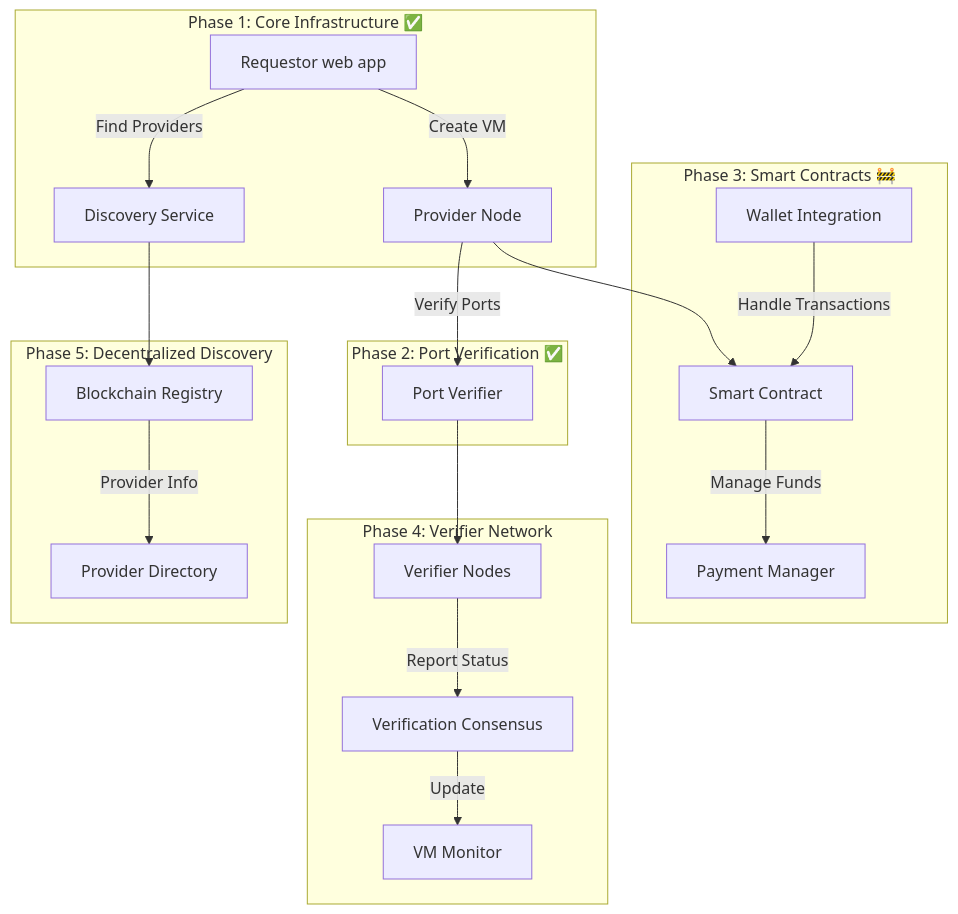
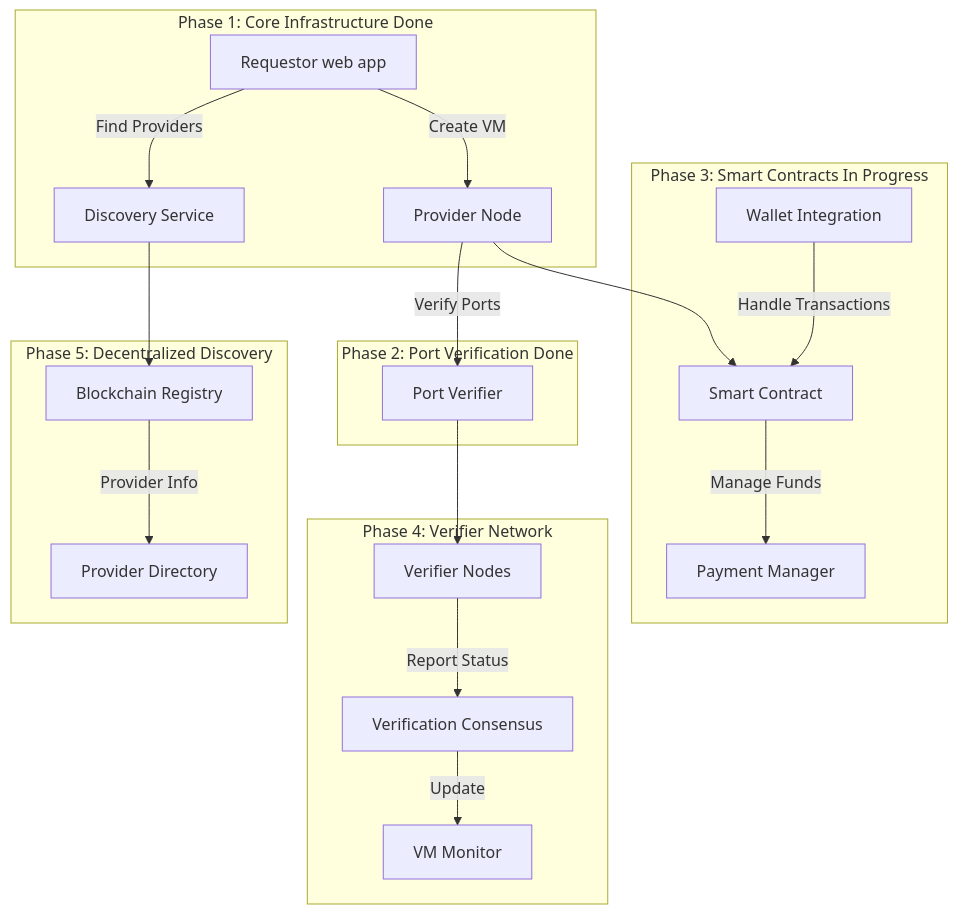
The second of 2 diagrams in VM-on-Golem-VISION/ROADMAP.md (cryptobench/vm-on-golem), drawn with Mermaid before and after one commit. The commit also changed other lines of this file and 13 other files, not shown here.

````diff
--- a/VM-on-Golem-VISION/ROADMAP.md
+++ b/VM-on-Golem-VISION/ROADMAP.md
@@ -25,41 +25,41 @@
 ```mermaid
 graph TB
-    subgraph "Phase 1: Core Infrastructure ✅"
+    subgraph "Phase 1: Core Infrastructure Done"
         R[Requestor web app]
         P[Provider Node]
         D[Discovery Service]
         R -->|Find Providers| D
         R -->|Create VM| P
     end
 
-    subgraph "Phase 2: Port Verification ✅"
+    subgraph "Phase 2: Port Verification Done"
         PV[Port Verifier]
         P -->|Verify Ports| PV
     end
 
-    subgraph "Phase 3: Smart Contracts 🚧"
+    subgraph "Phase 3: Smart Contracts In Progress"
         SC[Smart Contract]
         W[Wallet Integration]
         PM[Payment Manager]
         SC -->|Manage Funds| PM
         W -->|Handle Transactions| SC
     end
 
     subgraph "Phase 4: Verifier Network"
         VN[Verifier Nodes]
         VC[Verification Consensus]
         VM[VM Monitor]
         VN -->|Report Status| VC
         VC -->|Update| VM
     end
 
     subgraph "Phase 5: Decentralized Discovery"
         BC[Blockchain Registry]
         PD[Provider Directory]
         BC -->|Provider Info| PD
     end
 
     P --> SC
     PV --> VN
     D --> BC
 ```
````
